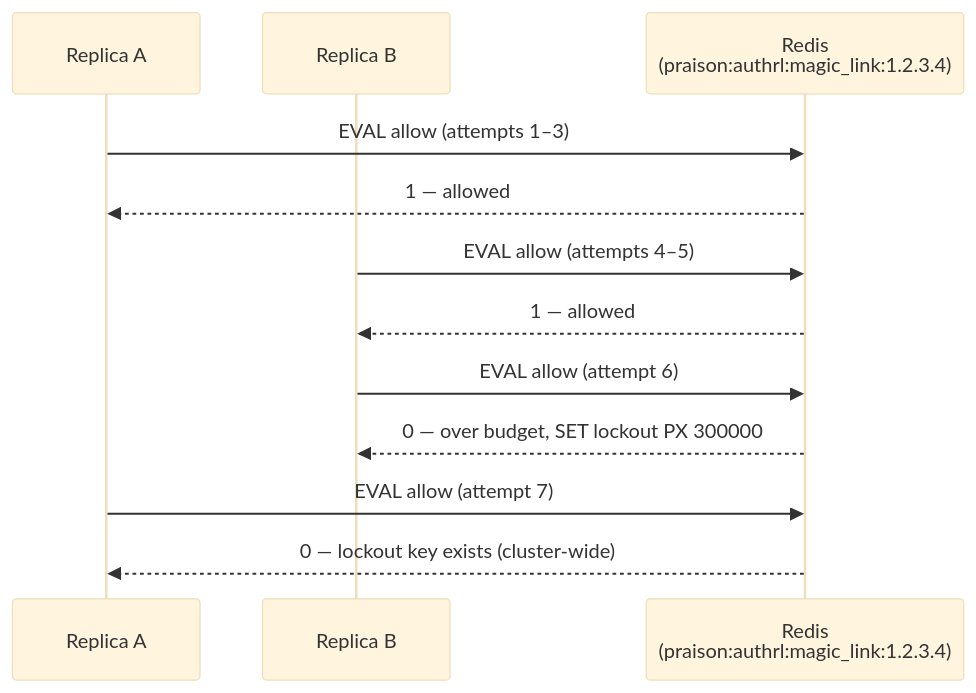
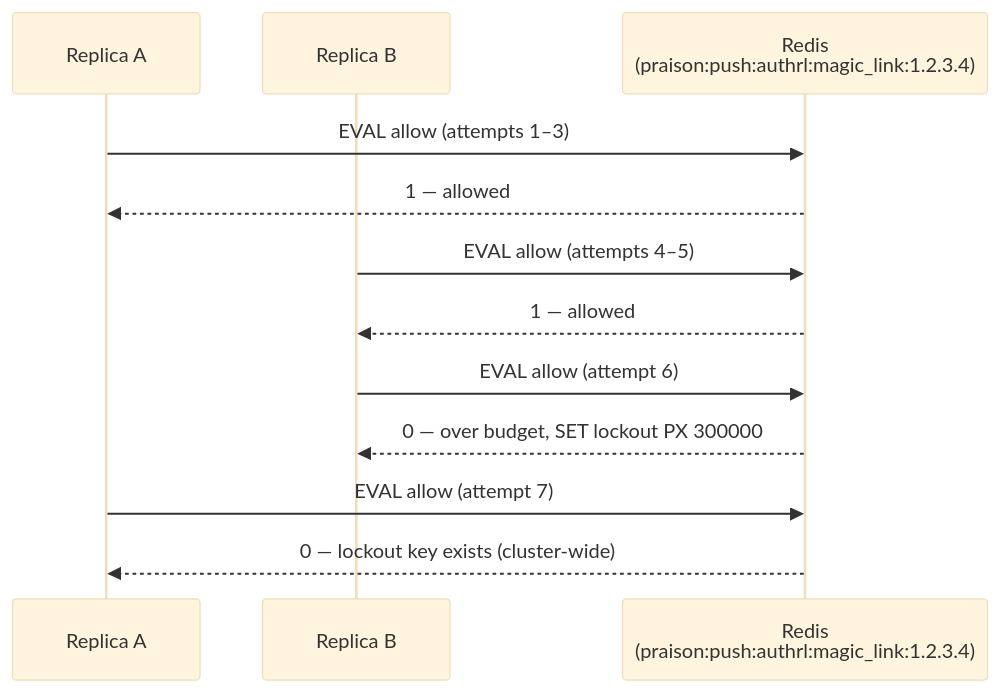
The second of 3 diagrams in docs/features/gateway-redis-auth-rate-limiting.mdx (MervinPraison/PraisonAIDocs), drawn with Mermaid (base theme) before and after one commit. The commit also changed other lines of this file, not shown here.

Commit message:
fix: correct gateway auth rate-limit Python examples and Redis key prefix

````diff
--- a/docs/features/gateway-redis-auth-rate-limiting.mdx
+++ b/docs/features/gateway-redis-auth-rate-limiting.mdx
@@ -90,15 +98,15 @@
 ```mermaid
 sequenceDiagram
     participant A as Replica A
     participant B as Replica B
-    participant Redis as Redis<br/>(praison:authrl:magic_link:1.2.3.4)
+    participant Redis as Redis<br/>(praison:push:authrl:magic_link:1.2.3.4)
 
     A->>Redis: EVAL allow (attempts 1–3)
     Redis-->>A: 1 — allowed
     B->>Redis: EVAL allow (attempts 4–5)
     Redis-->>B: 1 — allowed
     B->>Redis: EVAL allow (attempt 6)
     Redis-->>B: 0 — over budget, SET lockout PX 300000
     A->>Redis: EVAL allow (attempt 7)
     Redis-->>A: 0 — lockout key exists (cluster-wide)
 ```
````
